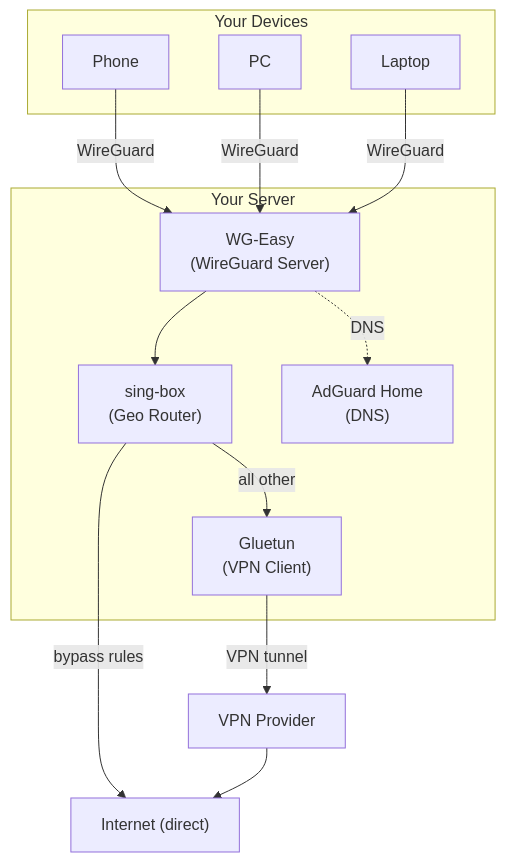
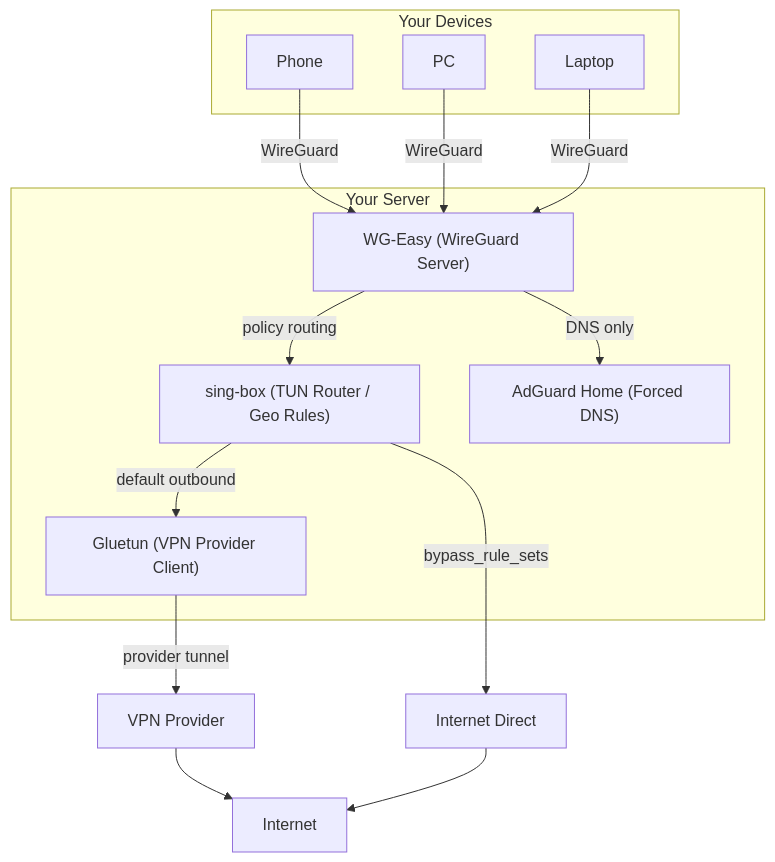
Before and after one commit to saturneric/wg-easy-gluetun: the diagram in README.md, drawn with Mermaid. The commit also changed other lines of this file and 1 other file, not shown here.

First line of the commit message:
docs: clarify routing, DNS, and runtime outputs

````diff
--- a/README.md
+++ b/README.md
@@ -61,23 +62,28 @@
 ```mermaid
 flowchart TD
   subgraph devices["Your Devices"]
     phone["Phone"]
     pc["PC"]
     laptop["Laptop"]
   end
+
   subgraph server["Your Server"]
-    wgeasy["WG-Easy\n(WireGuard Server)"]
-    singbox["sing-box\n(Geo Router)"]
-    gluetun["Gluetun\n(VPN Client)"]
-    adguard["AdGuard Home\n(DNS)"]
+    wgeasy["WG-Easy (WireGuard Server)"]
+    singbox["sing-box (TUN Router / Geo Rules)"]
+    gluetun["Gluetun (VPN Provider Client)"]
+    adguard["AdGuard Home (Forced DNS)"]
   end
+
   phone  -- WireGuard --> wgeasy
   pc     -- WireGuard --> wgeasy
   laptop -- WireGuard --> wgeasy
-  wgeasy --> singbox
-  singbox -- bypass rules --> internet["Internet (direct)"]
-  singbox -- all other --> gluetun
-  gluetun -- VPN tunnel --> provider["VPN Provider"]
-  provider --> internet
-  wgeasy -. DNS .-> adguard
+
+  wgeasy -- DNS only --> adguard
+  wgeasy -- policy routing --> singbox
+
+  singbox -- bypass_rule_sets --> direct["Internet Direct"]
+  singbox -- default outbound --> gluetun
+  gluetun -- provider tunnel --> provider["VPN Provider"]
+  provider --> internet["Internet"]
+  direct --> internet
 ```
````
